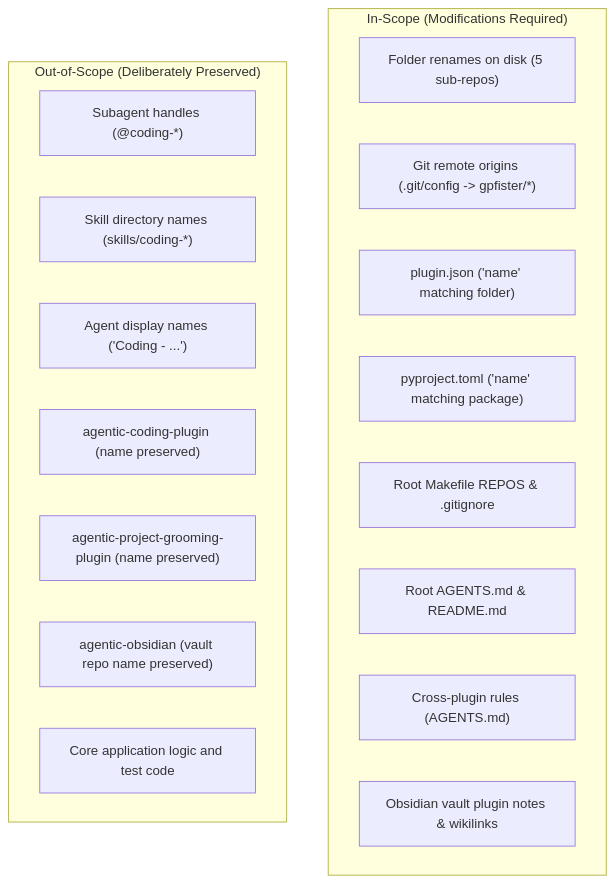
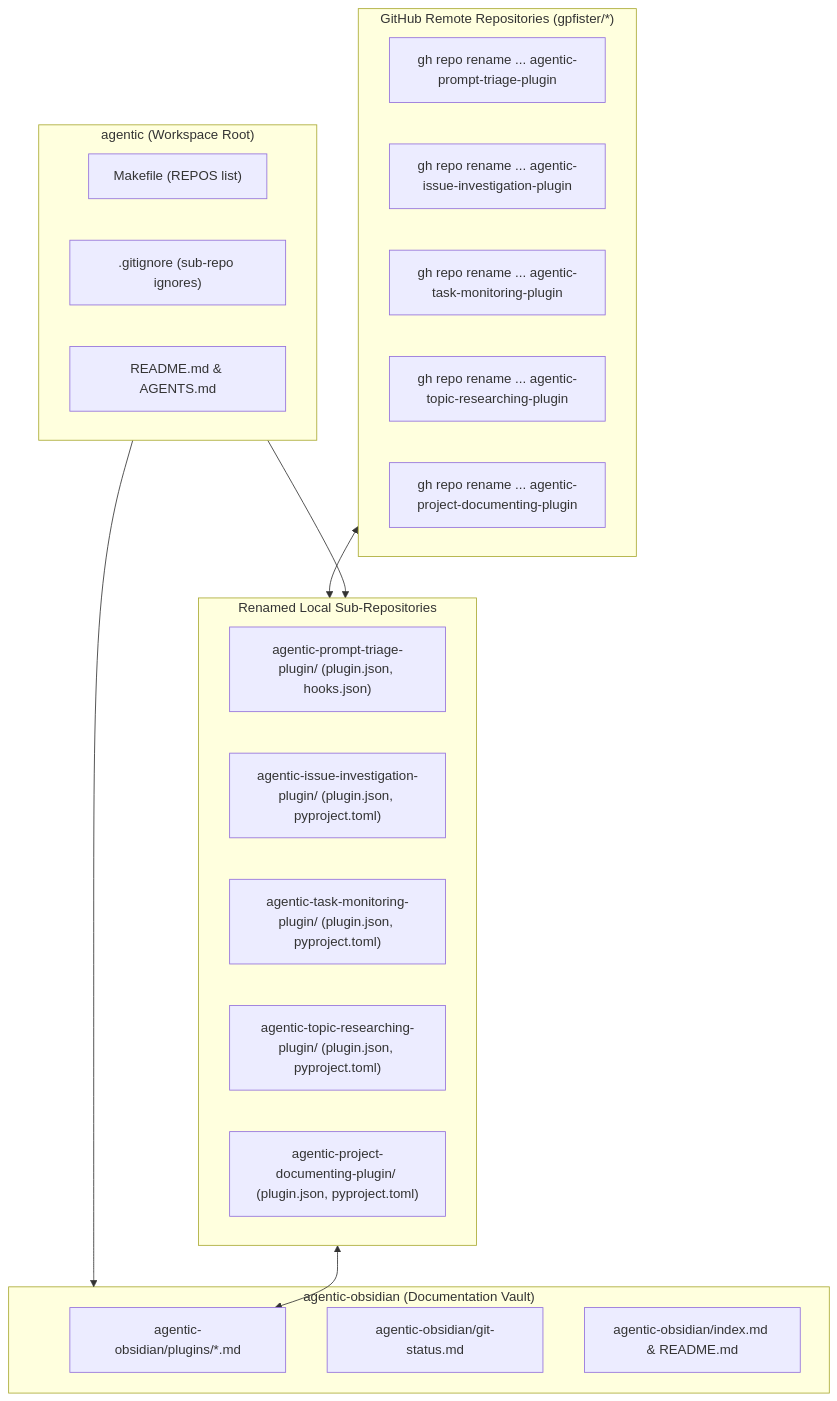
The first of 2 diagrams in features/rename-plugin-repositories.md (gpfister/agentic-obsidian), drawn with Mermaid before and after one commit. The commit also changed other lines of this file and 6 other files, not shown here.

Commit message:
docs: formalize ADR-004 and document Phase 3 implementation plan for plugin repository renames

````diff
--- a/features/rename-plugin-repositories.md
+++ b/features/rename-plugin-repositories.md
@@ -105,23 +107,35 @@
 ```mermaid
 flowchart TD
-    subgraph InScope["In-Scope (Modifications Required)"]
-        D1["Folder renames on disk (5 sub-repos)"]
-        D2["Git remote origins (.git/config -> gpfister/*)"]
-        D3["plugin.json ('name' matching folder)"]
-        D4["pyproject.toml ('name' matching package)"]
-        D5["Root Makefile REPOS & .gitignore"]
-        D6["Root AGENTS.md & README.md"]
-        D7["Cross-plugin rules (AGENTS.md)"]
-        D8["Obsidian vault plugin notes & wikilinks"]
+    subgraph GitHubRemote ["GitHub Remote Repositories (gpfister/*)"]
+        GH1["gh repo rename ... agentic-prompt-triage-plugin"]
+        GH2["gh repo rename ... agentic-issue-investigation-plugin"]
+        GH3["gh repo rename ... agentic-task-monitoring-plugin"]
+        GH4["gh repo rename ... agentic-topic-researching-plugin"]
+        GH5["gh repo rename ... agentic-project-documenting-plugin"]
     end
 
-    subgraph OutOfScope["Out-of-Scope (Deliberately Preserved)"]
-        P1["Subagent handles (@coding-*)"]
-        P2["Skill directory names (skills/coding-*)"]
-        P3["Agent display names ('Coding - ...')"]
-        P4["agentic-coding-plugin (name preserved)"]
-        P5["agentic-project-grooming-plugin (name preserved)"]
-        P6["agentic-obsidian (vault repo name preserved)"]
-        P7["Core application logic and test code"]
+    subgraph RootWorkspace ["agentic (Workspace Root)"]
+        Makefile["Makefile (REPOS list)"]
+        GitIgnore[".gitignore (sub-repo ignores)"]
+        RootReadme["README.md & AGENTS.md"]
     end
+
+    subgraph RenamedRepos ["Renamed Local Sub-Repositories"]
+        R1["agentic-prompt-triage-plugin/ (plugin.json, hooks.json)"]
+        R2["agentic-issue-investigation-plugin/ (plugin.json, pyproject.toml)"]
+        R3["agentic-task-monitoring-plugin/ (plugin.json, pyproject.toml)"]
+        R4["agentic-topic-researching-plugin/ (plugin.json, pyproject.toml)"]
+        R5["agentic-project-documenting-plugin/ (plugin.json, pyproject.toml)"]
+    end
+
+    subgraph VaultRepo ["agentic-obsidian (Documentation Vault)"]
+        ObsidianPlugins["agentic-obsidian/plugins/*.md"]
+        ObsidianStatus["agentic-obsidian/git-status.md"]
+        ObsidianIndex["agentic-obsidian/index.md & README.md"]
+    end
+
+    GitHubRemote <--> RenamedRepos
+    RootWorkspace --> RenamedRepos
+    RootWorkspace --> VaultRepo
+    RenamedRepos <--> ObsidianPlugins
 ```
````
